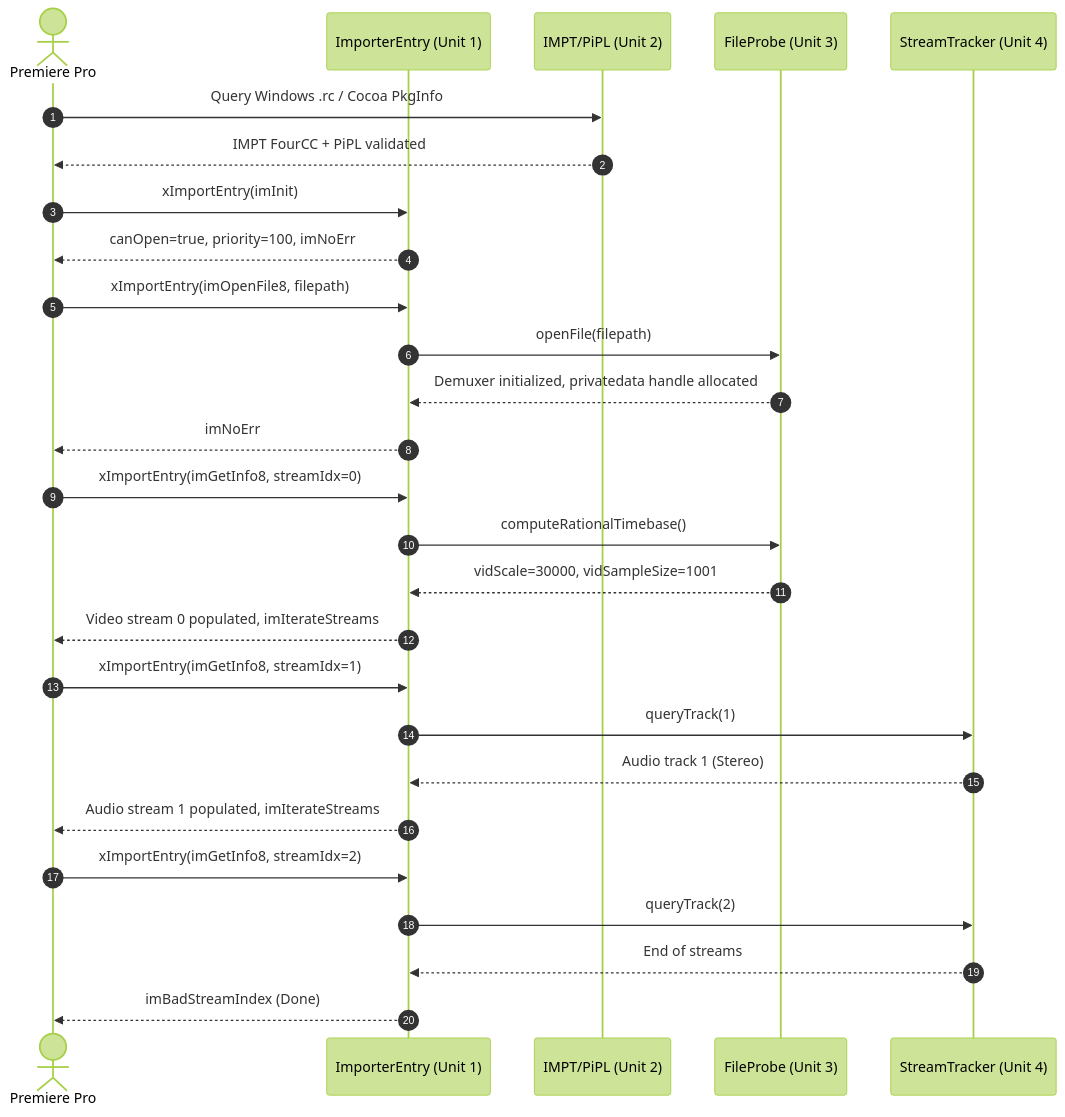
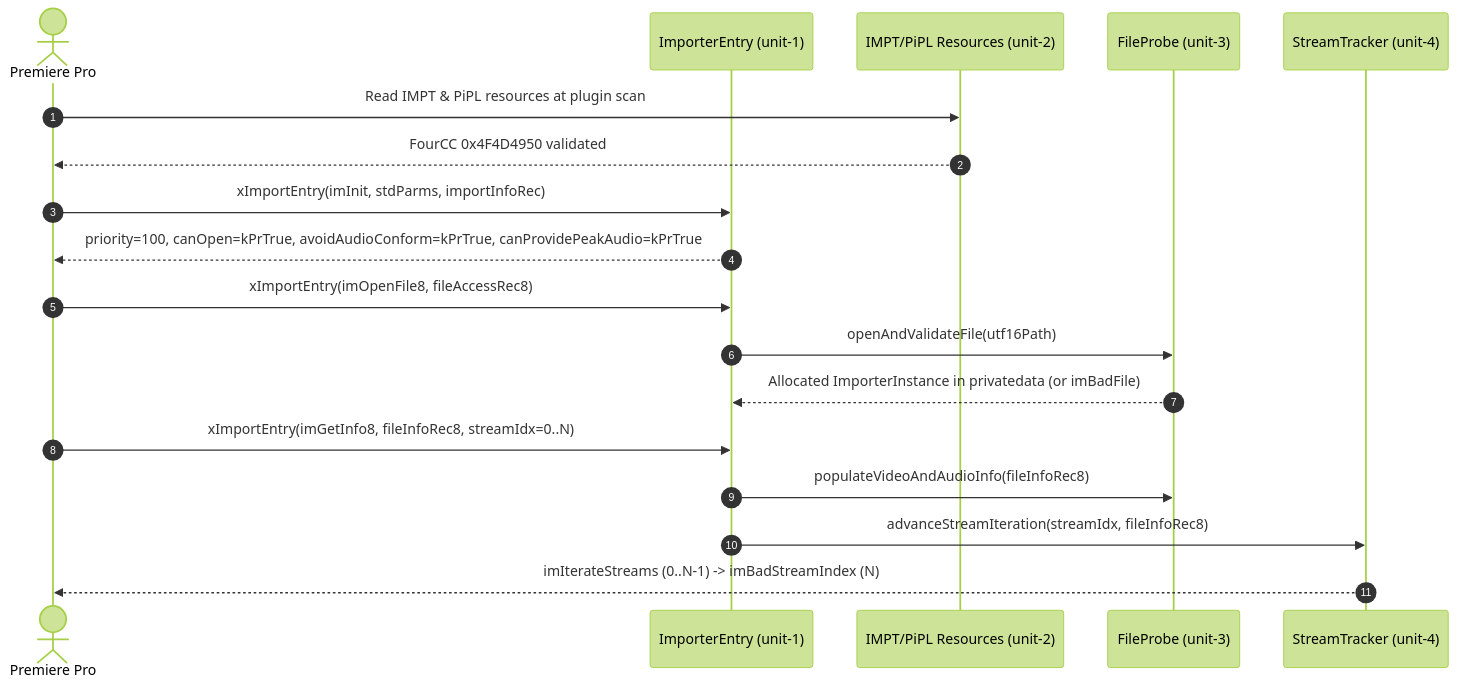
One commit to abdelrazekwork72-beep/AV1 changed the diagram in docs/user-stories/module-2-importer-plugin/us-2.1.0-importer-registration-stream-discovery.md. Above: the diagram before and after it, drawn with Mermaid (forest theme). The commit also changed other lines of this file and 15 other files, not shown here.

Commit message:
fix(docs): unify architecture, Premiere Pro SDK protocols, base contracts, and 50 implementation units across all 4 modules and 11 user stories

````diff
--- a/docs/user-stories/module-2-importer-plugin/us-2.1.0-importer-registration-stream-discovery.md
+++ b/docs/user-stories/module-2-importer-plugin/us-2.1.0-importer-registration-stream-discovery.md
@@ -79,35 +87,21 @@
 ```mermaid
 sequenceDiagram
     autonumber
     actor Host as Premiere Pro
-    participant Entry as ImporterEntry (Unit 1)
-    participant Res as IMPT/PiPL (Unit 2)
-    participant Probe as FileProbe (Unit 3)
-    participant Tracks as StreamTracker (Unit 4)
+    participant Entry as ImporterEntry (unit-1)
+    participant Res as IMPT/PiPL Resources (unit-2)
+    participant Probe as FileProbe (unit-3)
+    participant Tracks as StreamTracker (unit-4)
 
-    Host->>Res: Query Windows .rc / Cocoa PkgInfo
-    Res-->>Host: IMPT FourCC + PiPL validated
-
-    Host->>Entry: xImportEntry(imInit)
-    Entry-->>Host: canOpen=true, priority=100, imNoErr
-
-    Host->>Entry: xImportEntry(imOpenFile8, filepath)
-    Entry->>Probe: openFile(filepath)
-    Probe-->>Entry: Demuxer initialized, privatedata handle allocated
-    Entry-->>Host: imNoErr
-
-    Host->>Entry: xImportEntry(imGetInfo8, streamIdx=0)
-    Entry->>Probe: computeRationalTimebase()
-    Probe-->>Entry: vidScale=30000, vidSampleSize=1001
-    Entry-->>Host: Video stream 0 populated, imIterateStreams
-
-    Host->>Entry: xImportEntry(imGetInfo8, streamIdx=1)
-    Entry->>Tracks: queryTrack(1)
-    Tracks-->>Entry: Audio track 1 (Stereo)
-    Entry-->>Host: Audio stream 1 populated, imIterateStreams
-
-    Host->>Entry: xImportEntry(imGetInfo8, streamIdx=2)
-    Entry->>Tracks: queryTrack(2)
-    Tracks-->>Entry: End of streams
-    Entry-->>Host: imBadStreamIndex (Done)
+    Host->>Res: Read IMPT & PiPL resources at plugin scan
+    Res-->>Host: FourCC 0x4F4D4950 validated
+    Host->>Entry: xImportEntry(imInit, stdParms, importInfoRec)
+    Entry-->>Host: priority=100, canOpen=kPrTrue, avoidAudioConform=kPrTrue, canProvidePeakAudio=kPrTrue
+    Host->>Entry: xImportEntry(imOpenFile8, fileAccessRec8)
+    Entry->>Probe: openAndValidateFile(utf16Path)
+    Probe-->>Entry: Allocated ImporterInstance in privatedata (or imBadFile)
+    Host->>Entry: xImportEntry(imGetInfo8, fileInfoRec8, streamIdx=0..N)
+    Entry->>Probe: populateVideoAndAudioInfo(fileInfoRec8)
+    Entry->>Tracks: advanceStreamIteration(streamIdx, fileInfoRec8)
+    Tracks-->>Host: imIterateStreams (0..N-1) -> imBadStreamIndex (N)
 ```
````
